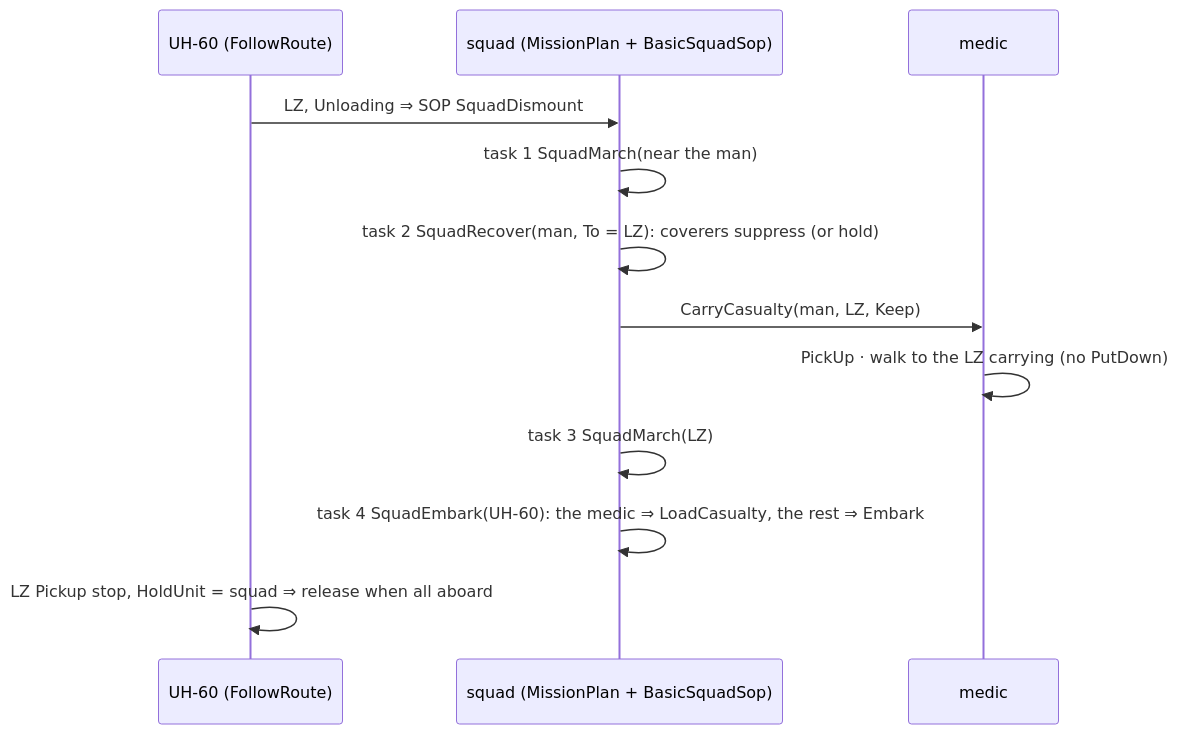
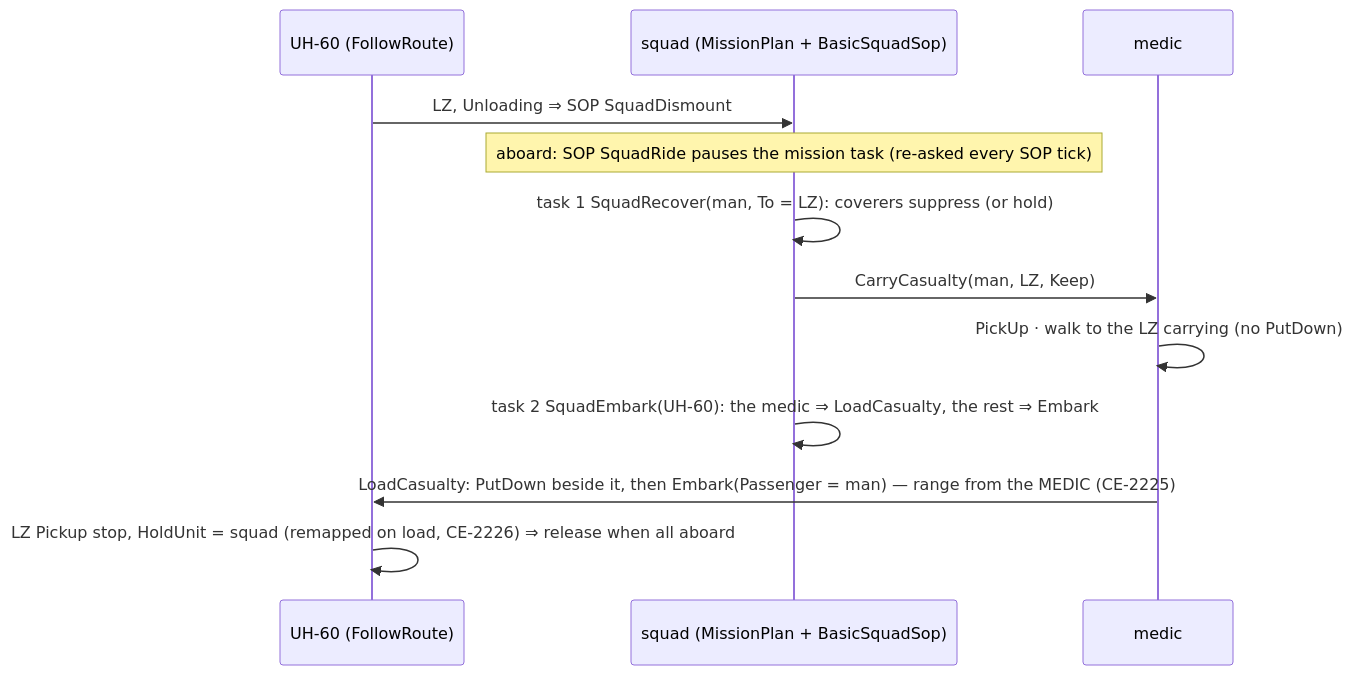
Diagram 22 of 30 in docs/designs/air-attack/DESIGN_Air_Operations.md (pjanec/HROT), drawn with Mermaid before and after one commit. The commit also changed other lines of this file and 1 other file, not shown here.

````diff
--- a/docs/designs/air-attack/DESIGN_Air_Operations.md
+++ b/docs/designs/air-attack/DESIGN_Air_Operations.md
@@ -991,14 +991,14 @@
 ```mermaid
 sequenceDiagram
   participant H as UH-60 (FollowRoute)
   participant S as squad (MissionPlan + BasicSquadSop)
   participant M as medic
   H->>S: LZ, Unloading ⇒ SOP SquadDismount
-  S->>S: task 1 SquadMarch(near the man)
-  S->>S: task 2 SquadRecover(man, To = LZ): coverers suppress (or hold)
+  Note over S: aboard: SOP SquadRide pauses the mission task (re-asked every SOP tick)
+  S->>S: task 1 SquadRecover(man, To = LZ): coverers suppress (or hold)
   S->>M: CarryCasualty(man, LZ, Keep)
   M->>M: PickUp · walk to the LZ carrying (no PutDown)
-  S->>S: task 3 SquadMarch(LZ)
-  S->>S: task 4 SquadEmbark(UH-60): the medic ⇒ LoadCasualty, the rest ⇒ Embark
-  H->>H: LZ Pickup stop, HoldUnit = squad ⇒ release when all aboard
+  S->>S: task 2 SquadEmbark(UH-60): the medic ⇒ LoadCasualty, the rest ⇒ Embark
+  M->>H: LoadCasualty: PutDown beside it, then Embark(Passenger = man) — range from the MEDIC (CE-2225)
+  H->>H: LZ Pickup stop, HoldUnit = squad (remapped on load, CE-2226) ⇒ release when all aboard
 ```
````
